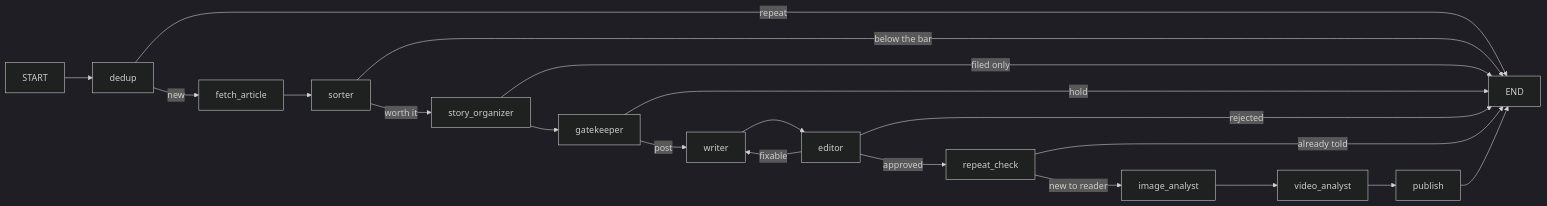
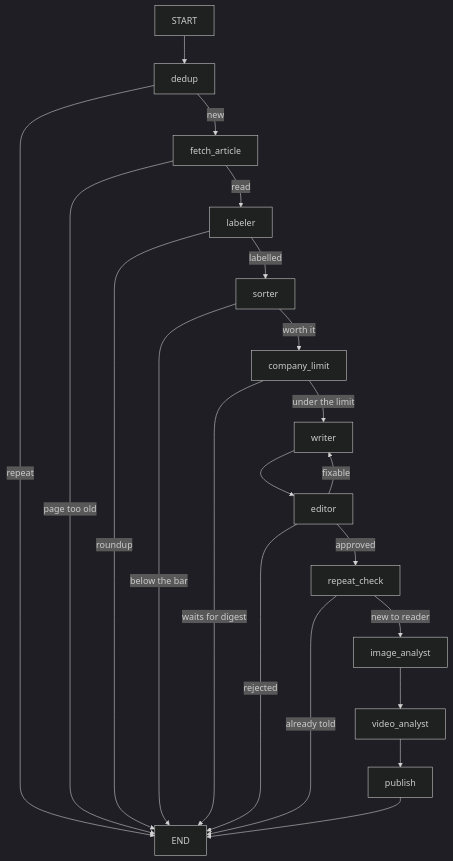
One commit to nik-ti/aif-channel changed the diagram in README.md. Above: the diagram before and after it, drawn with Mermaid (dark theme). The commit also changed other lines of this file and 50 other files, not shown here.

First line of the commit message:
Labels, a daily limit per company with an evening digest, and stories switched off

````diff
--- a/README.md
+++ b/README.md
@@ -24,22 +24,23 @@
 ```mermaid
-graph LR
+graph TD
     START --> dedup
     dedup -->|repeat| END
     dedup -->|new| fetch_article
-    fetch_article --> sorter
+    fetch_article -->|page too old| END
+    fetch_article -->|read| labeler
+    labeler -->|roundup| END
+    labeler -->|labelled| sorter
     sorter -->|below the bar| END
-    sorter -->|worth it| story_organizer
-    story_organizer -->|filed only| END
-    story_organizer --> gatekeeper
-    gatekeeper -->|hold| END
-    gatekeeper -->|post| writer
+    sorter -->|worth it| company_limit
+    company_limit -->|waits for digest| END
+    company_limit -->|under the limit| writer
     writer --> editor
     editor -->|fixable| writer
     editor -->|rejected| END
     editor -->|approved| repeat_check
     repeat_check -->|already told| END
     repeat_check -->|new to reader| image_analyst
     image_analyst --> video_analyst
     video_analyst --> publish
     publish --> END
 ```
````
